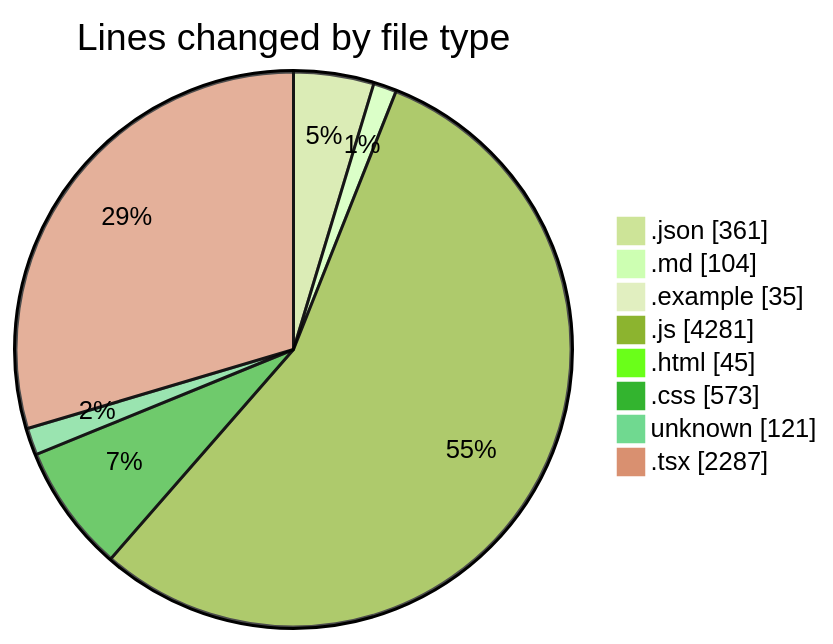
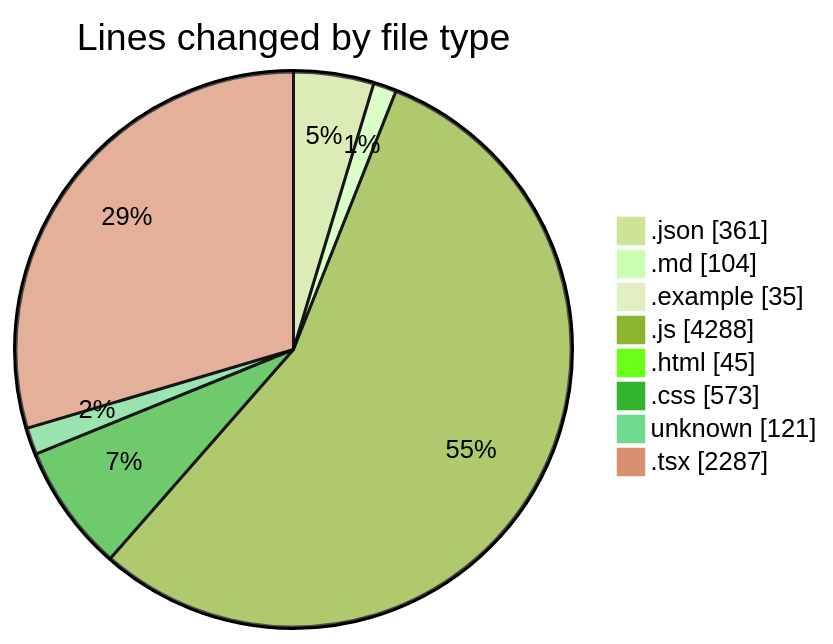
The first of 2 diagrams in 2025-08-05/napxuvn/README.md (lephambinh05/code-tracking), drawn with Mermaid (forest theme) before and after one commit. The commit also changed other lines of this file and 1 other file, not shown here.

````diff
--- a/2025-08-05/napxuvn/README.md
+++ b/2025-08-05/napxuvn/README.md
@@ -71,12 +71,12 @@
 ```mermaid
 pie showData
 title Lines changed by file type
 ".json" : 361
 ".md" : 104
 ".example" : 35
-".js" : 4281
+".js" : 4288
 ".html" : 45
 ".css" : 573
 "unknown" : 121
 ".tsx" : 2287
 ```
````
